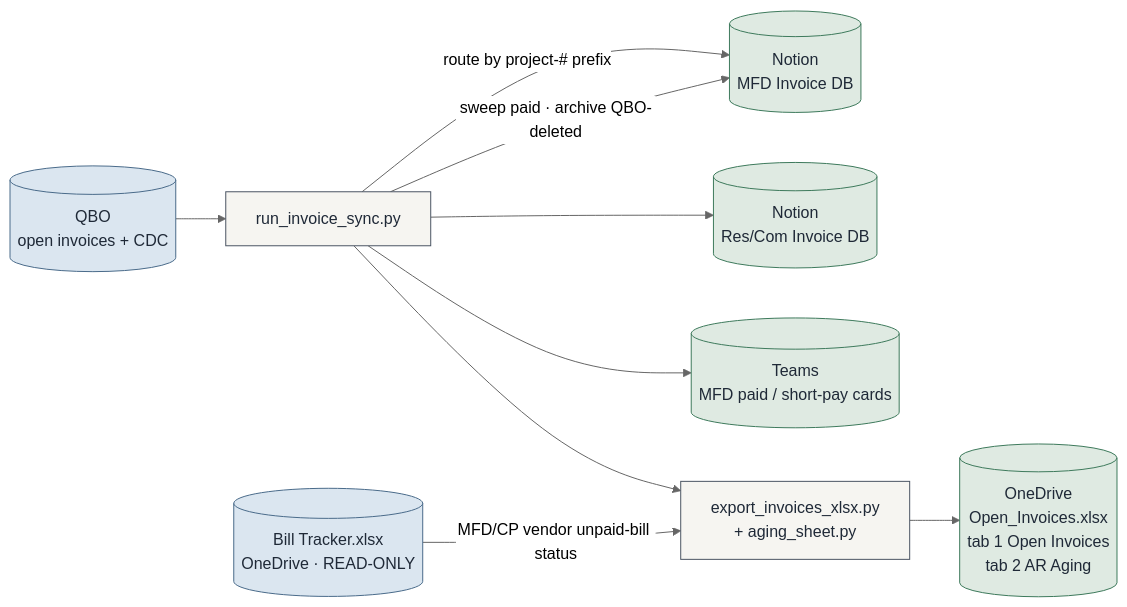
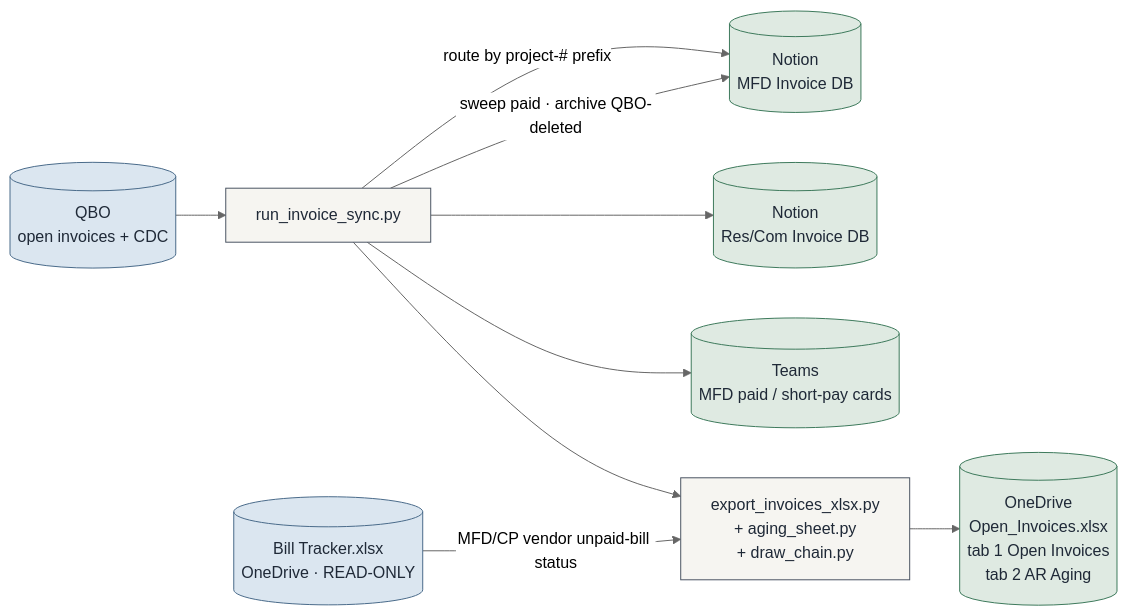
One commit to Ecarlo-Proficient/Claude-Report changed the first of 5 diagrams in docs/ARCHITECTURE.md. Above: the diagram before and after it, drawn with Mermaid (neutral theme). The commit also changed other lines of this file and 5 other files, not shown here.

````diff
--- a/docs/ARCHITECTURE.md
+++ b/docs/ARCHITECTURE.md
@@ -60,23 +60,23 @@
 ```mermaid
 flowchart LR
     classDef src fill:#dbe6f0,stroke:#4A6B8A,color:#1f2937
     classDef tool fill:#f6f5f1,stroke:#4b5563,color:#1f2937
     classDef out fill:#dfeae2,stroke:#3E7A5C,color:#1f2937
 
     QBO[("QBO\nopen invoices + CDC")]:::src
     SYNC["run_invoice_sync.py"]:::tool
     MFD[("Notion\nMFD Invoice DB")]:::out
     RES[("Notion\nRes/Com Invoice DB")]:::out
     TEAMS[("Teams\nMFD paid / short-pay cards")]:::out
-    XL["export_invoices_xlsx.py\n+ aging_sheet.py"]:::tool
+    XL["export_invoices_xlsx.py\n+ aging_sheet.py\n+ draw_chain.py"]:::tool
     BTX[("Bill Tracker.xlsx\nOneDrive · READ-ONLY")]:::src
     OD[("OneDrive\nOpen_Invoices.xlsx\ntab 1 Open Invoices\ntab 2 AR Aging")]:::out
 
     QBO --> SYNC
     SYNC -- "route by project-# prefix" --> MFD
     SYNC --> RES
     SYNC -- "sweep paid · archive QBO-deleted" --> MFD
     SYNC --> TEAMS
     SYNC --> XL --> OD
     BTX -- "MFD/CP vendor unpaid-bill status" --> XL
 ```
````
